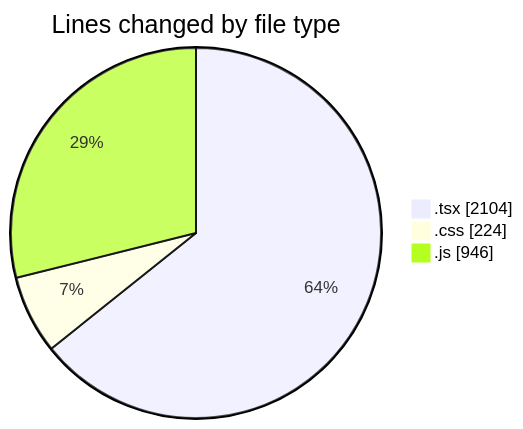
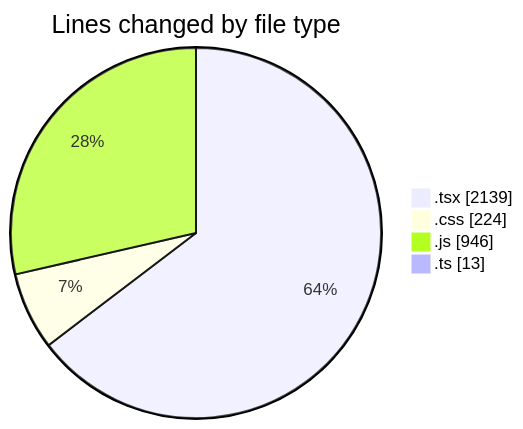
The first of 2 diagrams in 2025-04-22/indesign/README.md (Elitesun/code-tracking), drawn with Mermaid before and after one commit. The commit also changed other lines of this file and 1 other file, not shown here.

````diff
--- a/2025-04-22/indesign/README.md
+++ b/2025-04-22/indesign/README.md
@@ -35,7 +36,8 @@
 ```mermaid
 pie showData
 title Lines changed by file type
-".tsx" : 2104
+".tsx" : 2139
 ".css" : 224
 ".js" : 946
+".ts" : 13
 ```
````
